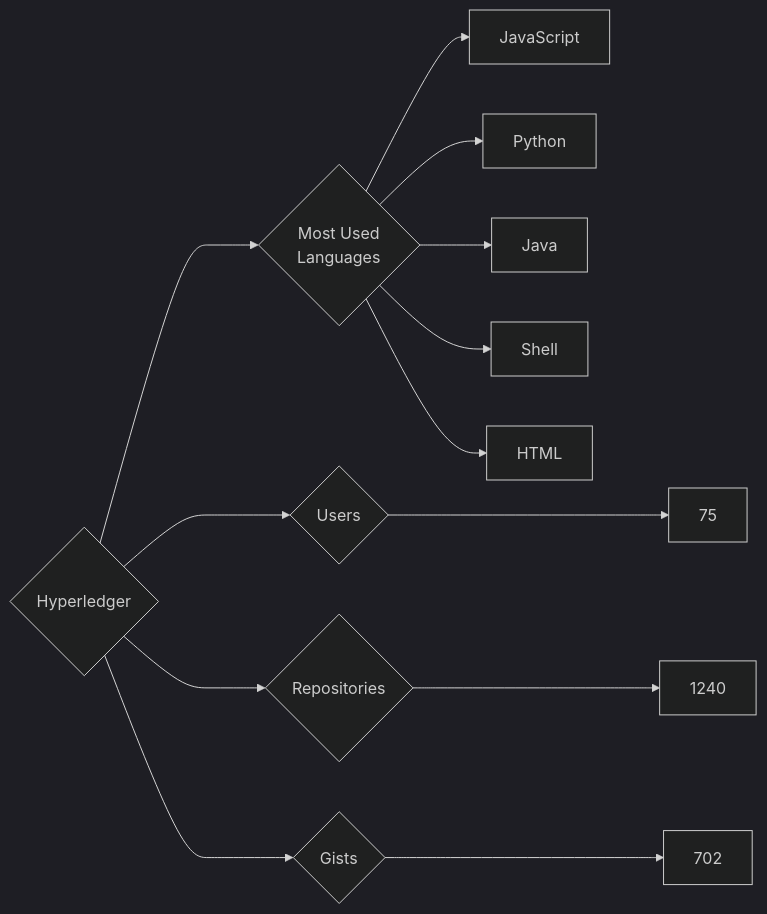
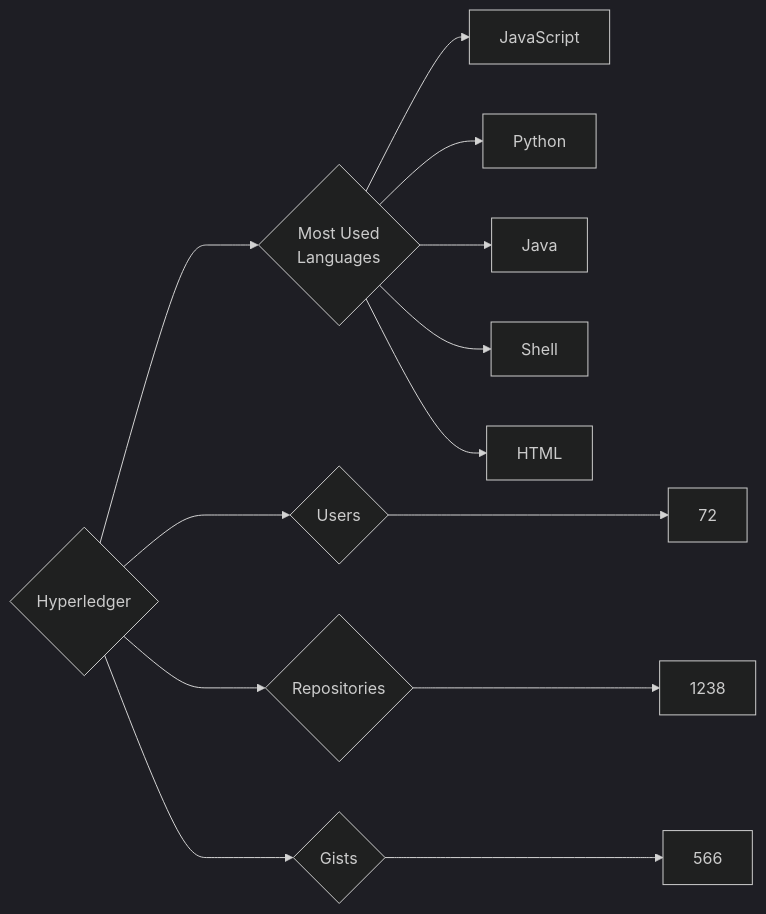
Before and after one commit to trickest/insiders: the diagram in targets/Hyperledger/README.md, drawn with Mermaid (dark theme). The commit also changed 1238 other files, not shown here.

````diff
--- a/targets/Hyperledger/README.md
+++ b/targets/Hyperledger/README.md
@@ -3,13 +3,13 @@
 ```mermaid
 graph LR
 COMPANY_NAME{Hyperledger}
-COMPANY_NAME ---> U{Users} ---> UN[75]
-COMPANY_NAME ---> R{Repositories} ---> RN[1240]
-COMPANY_NAME ---> G{Gists} ---> GN[702]
+COMPANY_NAME ---> U{Users} ---> UN[72]
+COMPANY_NAME ---> R{Repositories} ---> RN[1238]
+COMPANY_NAME ---> G{Gists} ---> GN[566]
 COMPANY_NAME ---> ML{Most Used<br>Languages}
 ML --> JavaScript[JavaScript]
 ML --> Python[Python]
 ML --> Java[Java]
 ML --> Shell[Shell]
 ML --> HTML[HTML]
 ```
````
